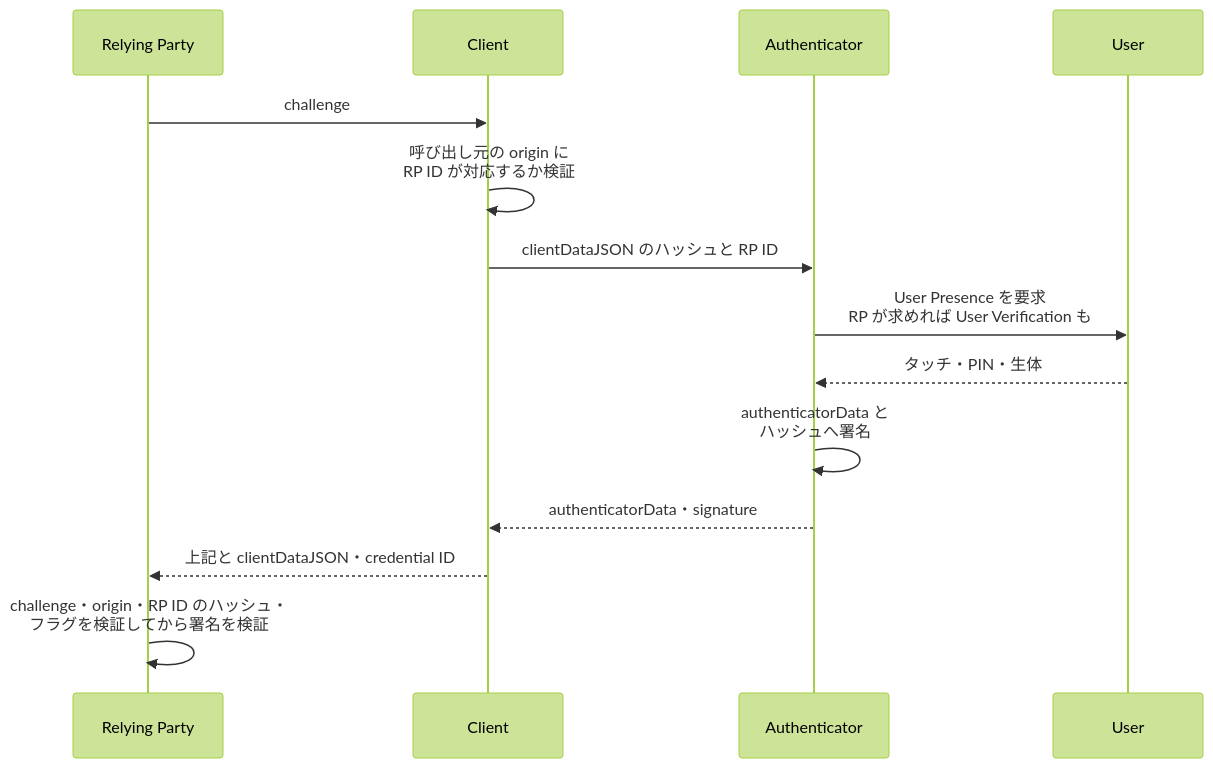
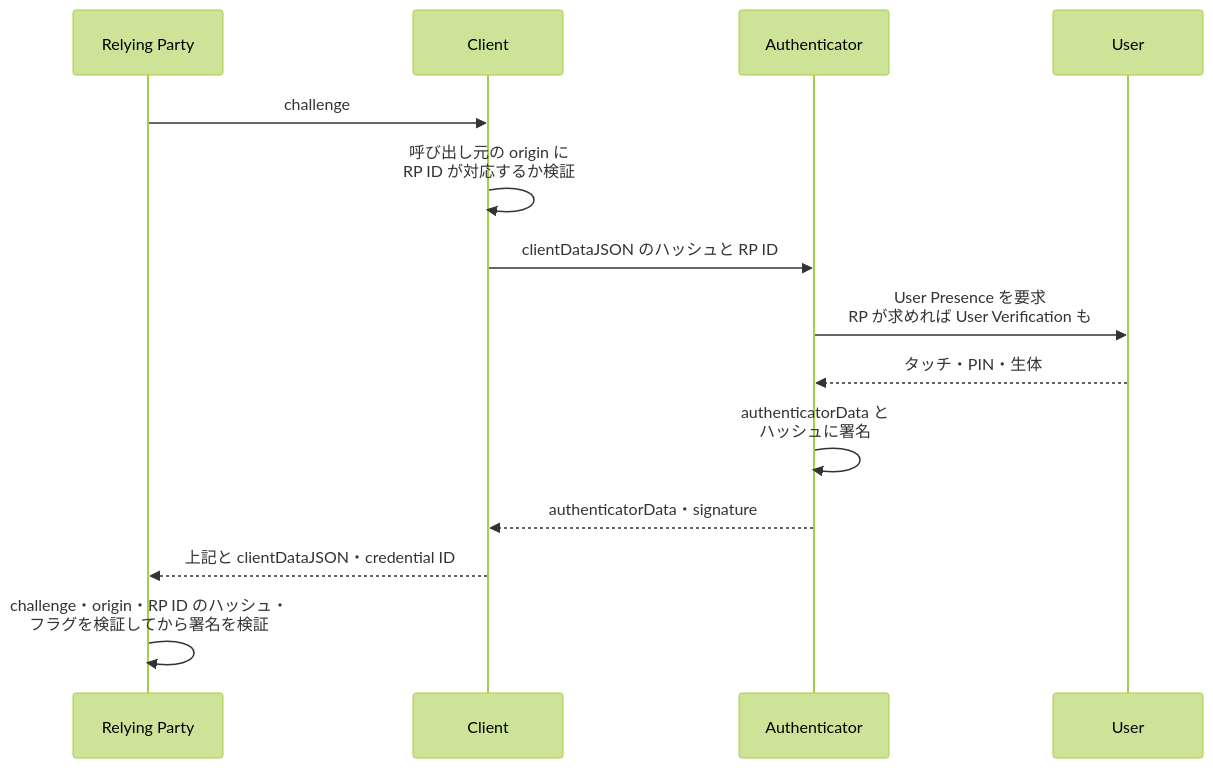
One commit to nao1215/debimate changed the fifth of 8 diagrams in content/notes/security/passkey/index.md. Above: the diagram before and after it, drawn with Mermaid (forest theme). The commit also changed other lines of this file and 46 other files, not shown here.

````diff
--- a/content/notes/security/passkey/index.md
+++ b/content/notes/security/passkey/index.md
@@ -134,16 +134,16 @@
 ```mermaid
 sequenceDiagram
     participant S as Relying Party
     participant B as Client
     participant A as Authenticator
     participant U as User
     S->>B: challenge
     B->>B: 呼び出し元の origin に<br/>RP ID が対応するか検証
     B->>A: clientDataJSON のハッシュと RP ID
     A->>U: User Presence を要求<br/>RP が求めれば User Verification も
     U-->>A: タッチ・PIN・生体
-    A->>A: authenticatorData と<br/>ハッシュへ署名
+    A->>A: authenticatorData と<br/>ハッシュに署名
     A-->>B: authenticatorData・signature
     B-->>S: 上記と clientDataJSON・credential ID
     S->>S: challenge・origin・RP ID のハッシュ・<br/>フラグを検証してから署名を検証
 ```
````
